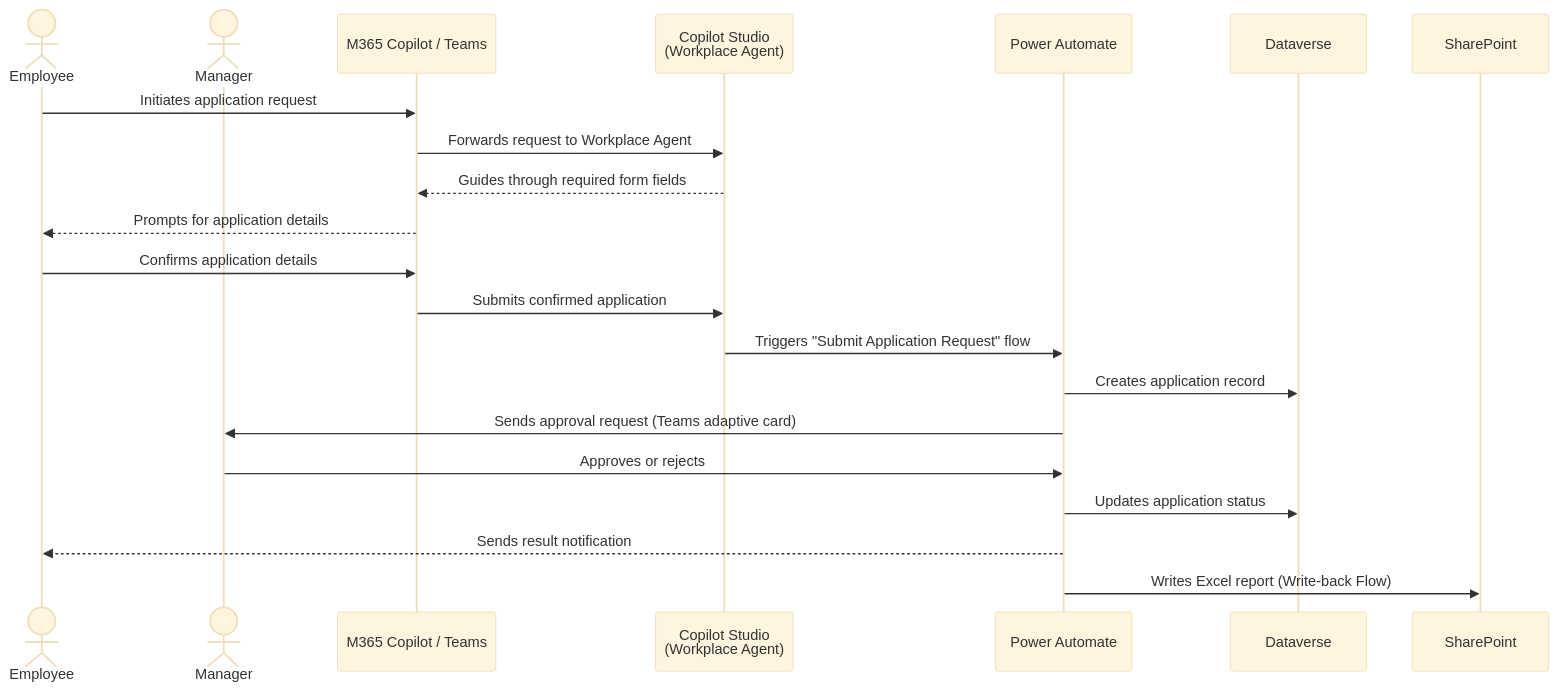
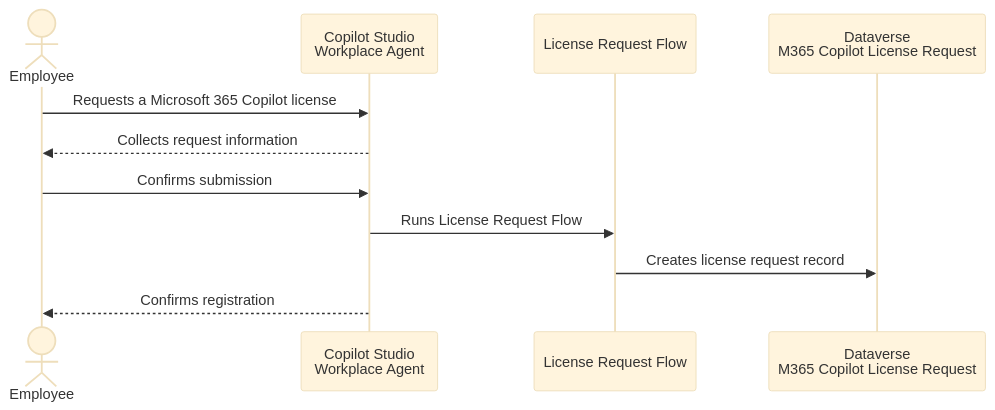
The fourth of 4 diagrams in 01-scenarios/Workplace-Agent/2.Architecture.md (microsoft/ai-agent-runbooks), drawn with Mermaid (base theme) before and after one commit. The commit also changed other lines of this file, not shown here.

First line of the commit message:
Revise Workplace Agent architecture and data flow

````diff
--- a/01-scenarios/Workplace-Agent/2.Architecture.md
+++ b/01-scenarios/Workplace-Agent/2.Architecture.md
@@ -140,24 +187,14 @@
 ```mermaid
 sequenceDiagram
     actor Employee as Employee
-    actor Manager as Manager
-    participant M365 as M365 Copilot / Teams
-    participant CS as Copilot Studio<br/>(Workplace Agent)
-    participant PA as Power Automate
-    participant DV as Dataverse
-    participant SP as SharePoint
+    participant Agent as Copilot Studio<br/>Workplace Agent
+    participant Flow as License Request Flow
+    participant DV as Dataverse<br/>M365 Copilot License Request
 
-    Employee->>M365: Initiates application request
-    M365->>CS: Forwards request to Workplace Agent
-    CS-->>M365: Guides through required form fields
-    M365-->>Employee: Prompts for application details
-    Employee->>M365: Confirms application details
-    M365->>CS: Submits confirmed application
-    CS->>PA: Triggers "Submit Application Request" flow
-    PA->>DV: Creates application record
-    PA->>Manager: Sends approval request (Teams adaptive card)
-    Manager->>PA: Approves or rejects
-    PA->>DV: Updates application status
-    PA-->>Employee: Sends result notification
-    PA->>SP: Writes Excel report (Write-back Flow)
+    Employee->>Agent: Requests a Microsoft 365 Copilot license
+    Agent-->>Employee: Collects request information
+    Employee->>Agent: Confirms submission
+    Agent->>Flow: Runs License Request Flow
+    Flow->>DV: Creates license request record
+    Agent-->>Employee: Confirms registration
 ```
````
